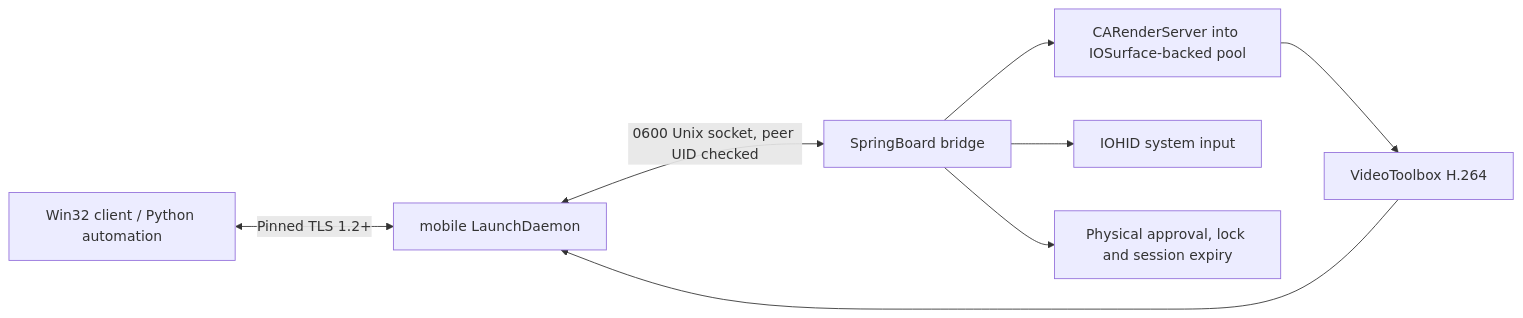
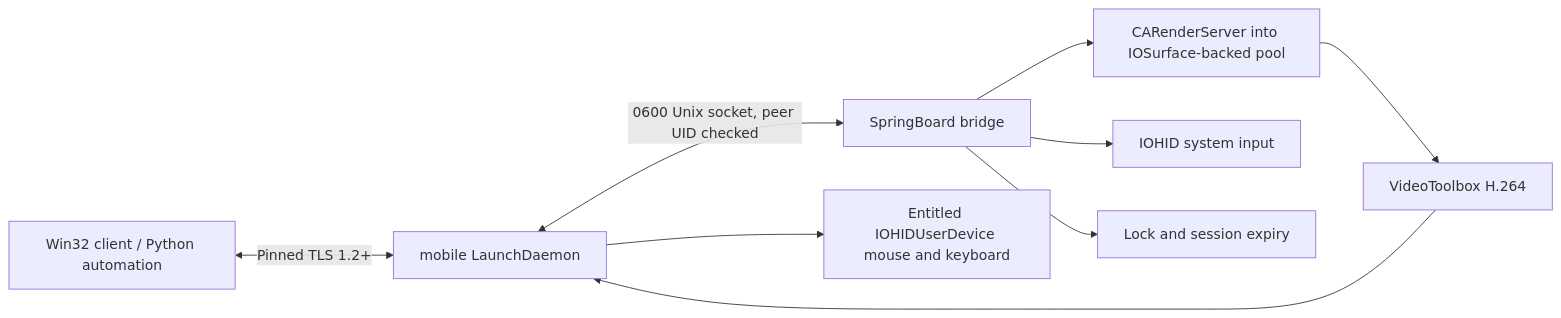
One commit to Justintunsday/iOSRemoteBridge changed the diagram in docs/ARCHITECTURE.md. Above: the diagram before and after it, drawn with Mermaid. The commit also changed other lines of this file and 25 other files, not shown here.

Commit message:
Add native iOS HID mouse and keyboard with automatic paired sessions

````diff
--- a/docs/ARCHITECTURE.md
+++ b/docs/ARCHITECTURE.md
@@ -3,10 +3,11 @@
 ```mermaid
 flowchart LR
   W[Win32 client / Python automation] <-->|Pinned TLS 1.2+| D[mobile LaunchDaemon]
   D <-->|0600 Unix socket, peer UID checked| S[SpringBoard bridge]
   S --> C[CARenderServer into IOSurface-backed pool]
   C --> V[VideoToolbox H.264]
   V --> D
   S --> H[IOHID system input]
-  S --> O[Physical approval, lock and session expiry]
+  S --> O[Lock and session expiry]
+  D --> N[Entitled IOHIDUserDevice mouse and keyboard]
 ```
````
